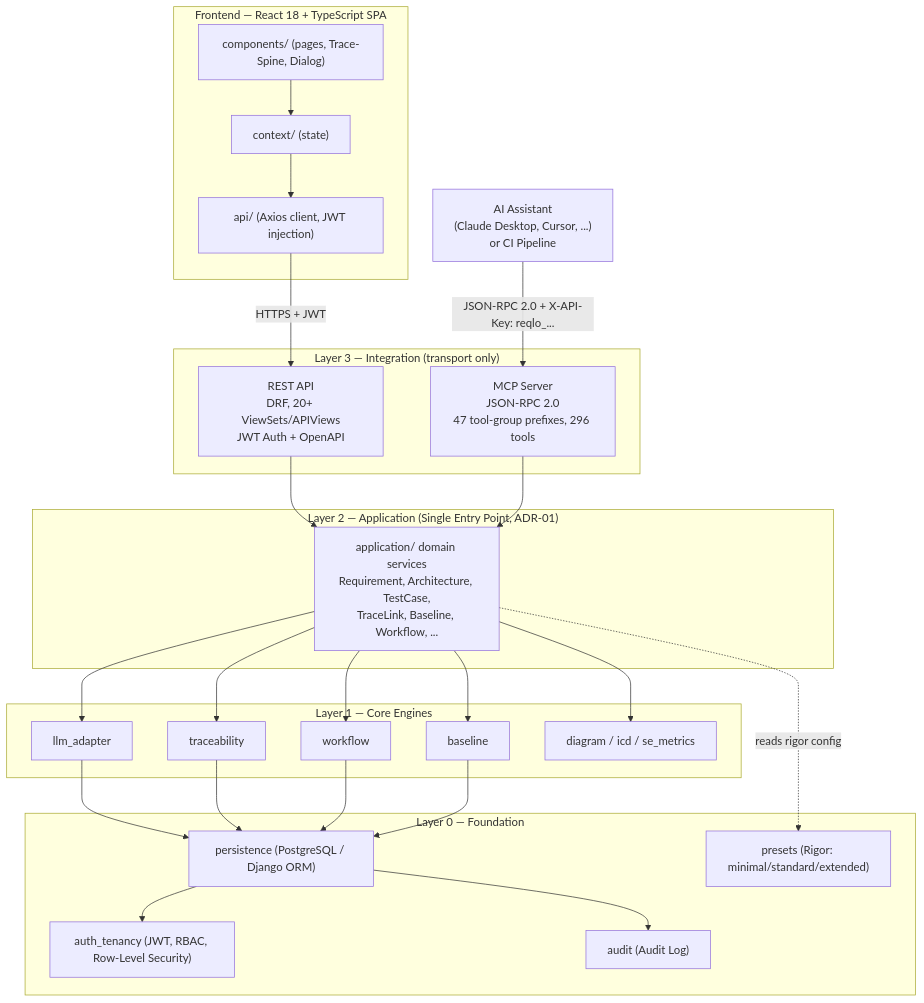
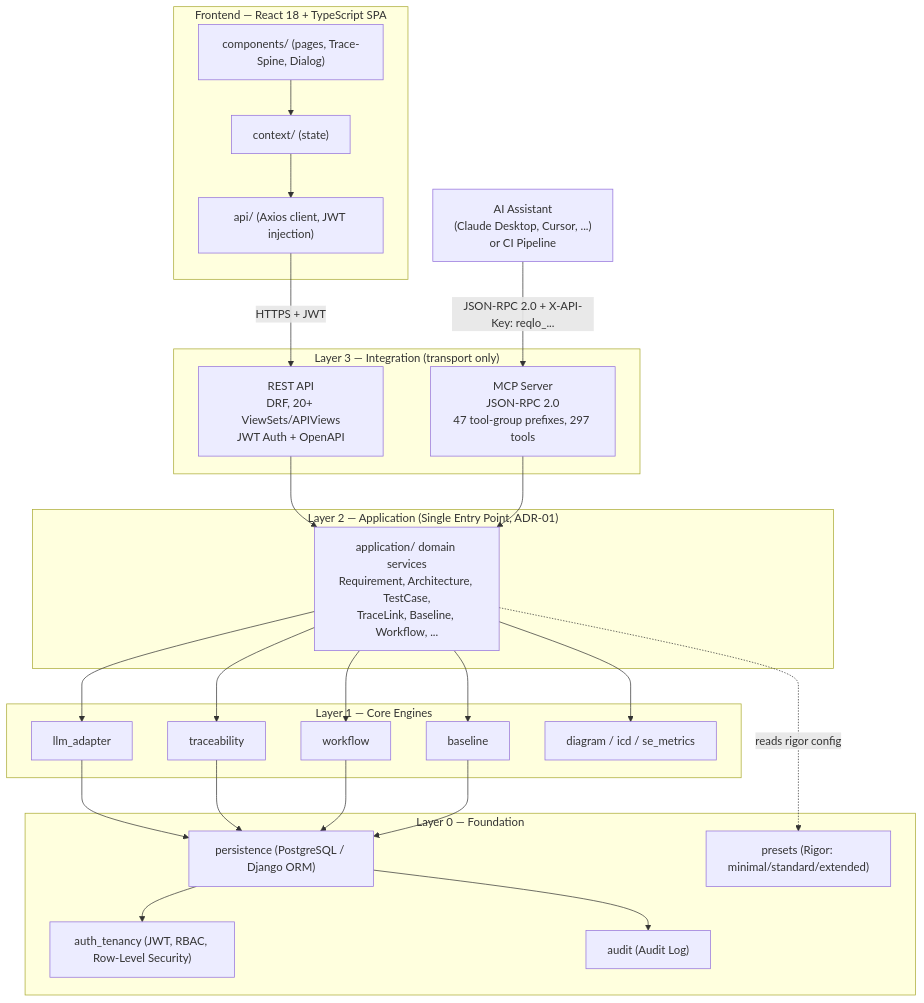
The first of 3 diagrams in README.md (Popoboxxo/ReqogniLoom), drawn with Mermaid before and after one commit. The commit also changed other lines of this file and 24 other files, not shown here.

````diff
--- a/README.md
+++ b/README.md
@@ -102,53 +102,53 @@
 ```mermaid
 graph TD
     subgraph FE["Frontend — React 18 + TypeScript SPA"]
         UI["components/ (pages, Trace-Spine, Dialog)"]
         CTX["context/ (state)"]
         APICLIENT["api/ (Axios client, JWT injection)"]
         UI --> CTX --> APICLIENT
     end
 
     EXT["AI Assistant<br/>(Claude Desktop, Cursor, ...)<br/>or CI Pipeline"]
 
     subgraph L3["Layer 3 — Integration (transport only)"]
         REST["REST API<br/>DRF, 20+ ViewSets/APIViews<br/>JWT Auth + OpenAPI"]
-        MCP["MCP Server<br/>JSON-RPC 2.0<br/>47 tool-group prefixes, 296 tools"]
+        MCP["MCP Server<br/>JSON-RPC 2.0<br/>47 tool-group prefixes, 297 tools"]
     end
 
     subgraph L2["Layer 2 — Application (Single Entry Point, ADR-01)"]
         APP["application/ domain services<br/>Requirement, Architecture, TestCase,<br/>TraceLink, Baseline, Workflow, ..."]
     end
 
     subgraph L1["Layer 1 — Core Engines"]
         LLM["llm_adapter"]
         TRACE["traceability"]
         WF["workflow"]
         BASE["baseline"]
         DIAG["diagram / icd / se_metrics"]
     end
 
     subgraph L0["Layer 0 — Foundation"]
         PERSIST["persistence (PostgreSQL / Django ORM)"]
         AUTH["auth_tenancy (JWT, RBAC, Row-Level Security)"]
         PRESET["presets (Rigor: minimal/standard/extended)"]
         AUDIT["audit (Audit Log)"]
     end
 
     APICLIENT -->|"HTTPS + JWT"| REST
     EXT -->|"JSON-RPC 2.0 + X-API-Key: reqlo_..."| MCP
 
     REST --> APP
     MCP --> APP
     APP --> LLM
     APP --> TRACE
     APP --> WF
     APP --> BASE
     APP --> DIAG
     APP -.->|"reads rigor config"| PRESET
     LLM --> PERSIST
     TRACE --> PERSIST
     WF --> PERSIST
     BASE --> PERSIST
     PERSIST --> AUTH
     PERSIST --> AUDIT
 ```
````
